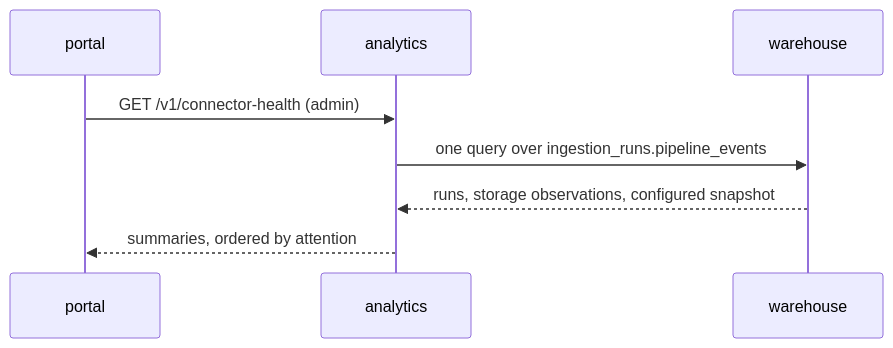
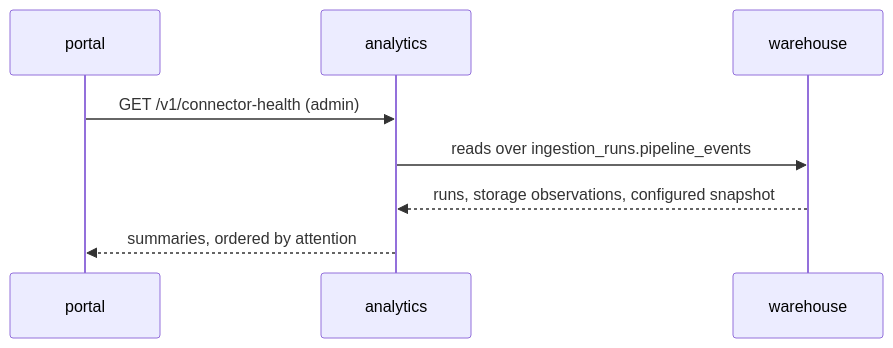
One commit to constructorfabric/insight changed the fifth of 5 diagrams in docs/components/backend/analytics/specs/connector-health/DESIGN.md. Above: the diagram before and after it, drawn with Mermaid. The commit also changed other lines of this file and 1 other file, not shown here.

````diff
--- a/docs/components/backend/analytics/specs/connector-health/DESIGN.md
+++ b/docs/components/backend/analytics/specs/connector-health/DESIGN.md
@@ -546,10 +546,10 @@
 ```mermaid
 sequenceDiagram
     participant PO as portal
     participant AN as analytics
     participant WH as warehouse
     PO->>AN: GET /v1/connector-health (admin)
-    AN->>WH: one query over ingestion_runs.pipeline_events
+    AN->>WH: reads over ingestion_runs.pipeline_events
     WH-->>AN: runs, storage observations, configured snapshot
     AN-->>PO: summaries, ordered by attention
 ```
````
